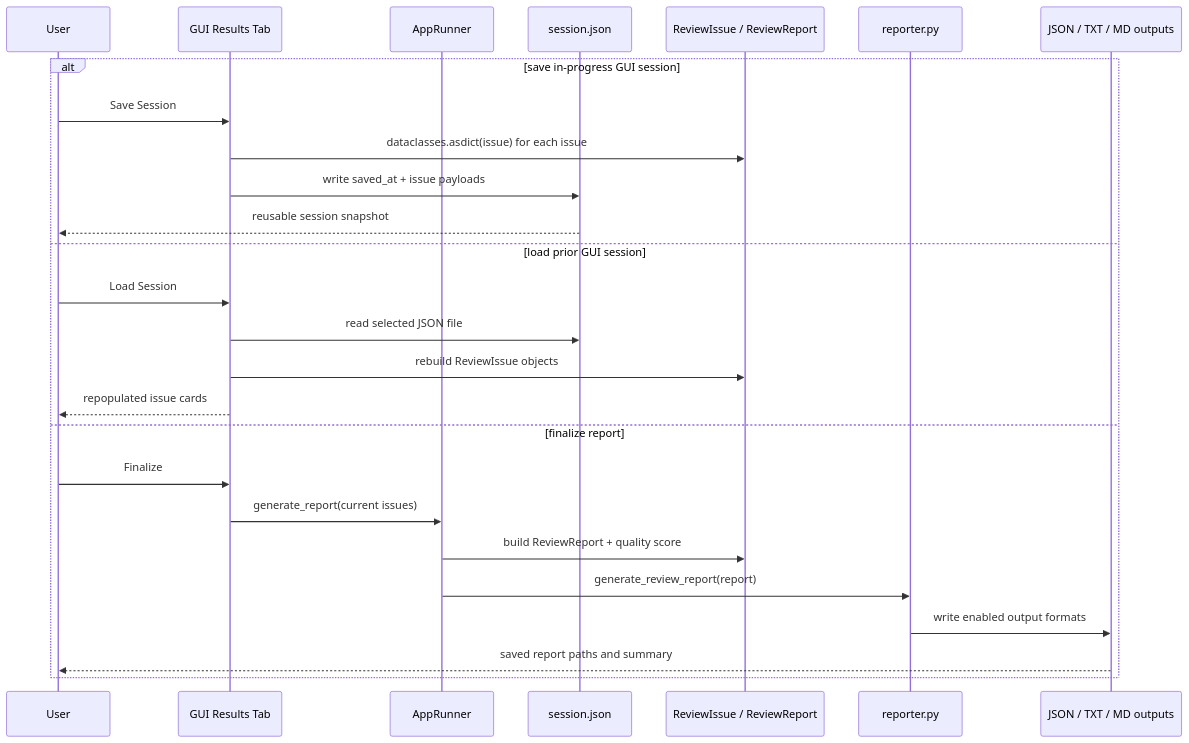
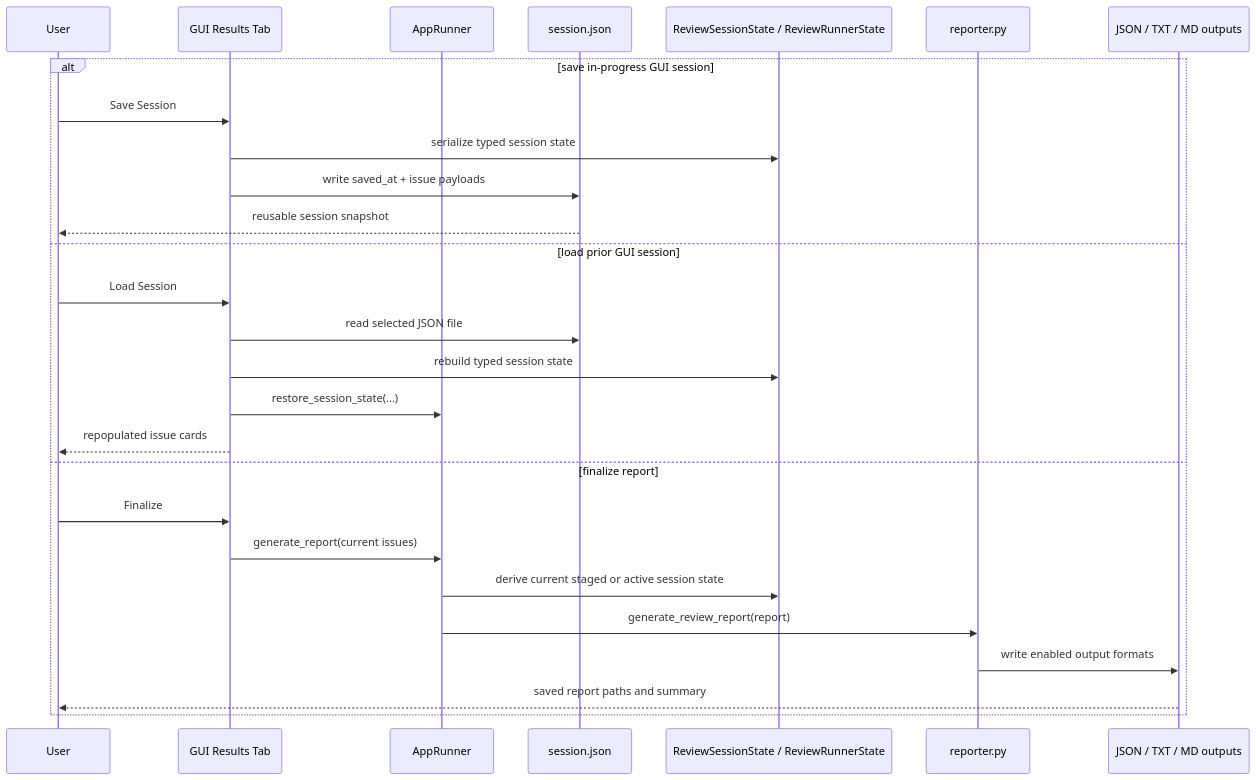
The fifth of 5 diagrams in docs/architecture.md (gallaway-jp/AICodeReviewer), drawn with Mermaid before and after one commit. The commit also changed other lines of this file and 125 other files, not shown here.

````diff
--- a/docs/architecture.md
+++ b/docs/architecture.md
@@ -145,29 +159,30 @@
 ```mermaid
 sequenceDiagram
 	participant User
 	participant Results as GUI Results Tab
 	participant Runner as AppRunner
 	participant Session as session.json
-	participant Models as ReviewIssue / ReviewReport
+	participant ExecModels as ReviewSessionState / ReviewRunnerState
 	participant Reporter as reporter.py
 	participant Files as JSON / TXT / MD outputs
 
 	alt save in-progress GUI session
 		User->>Results: Save Session
-		Results->>Models: dataclasses.asdict(issue) for each issue
+		Results->>ExecModels: serialize typed session state
 		Results->>Session: write saved_at + issue payloads
 		Session-->>User: reusable session snapshot
 	else load prior GUI session
 		User->>Results: Load Session
 		Results->>Session: read selected JSON file
-		Results->>Models: rebuild ReviewIssue objects
+		Results->>ExecModels: rebuild typed session state
+		Results->>Runner: restore_session_state(...)
 		Results-->>User: repopulated issue cards
 	else finalize report
 		User->>Results: Finalize
 		Results->>Runner: generate_report(current issues)
-		Runner->>Models: build ReviewReport + quality score
+		Runner->>ExecModels: derive current staged or active session state
 		Runner->>Reporter: generate_review_report(report)
 		Reporter->>Files: write enabled output formats
 		Files-->>User: saved report paths and summary
 	end
 ```
````
